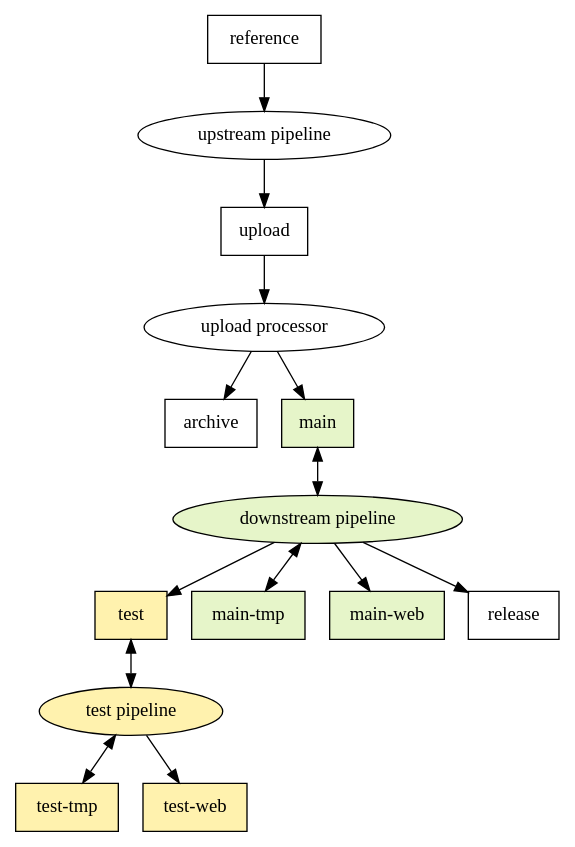
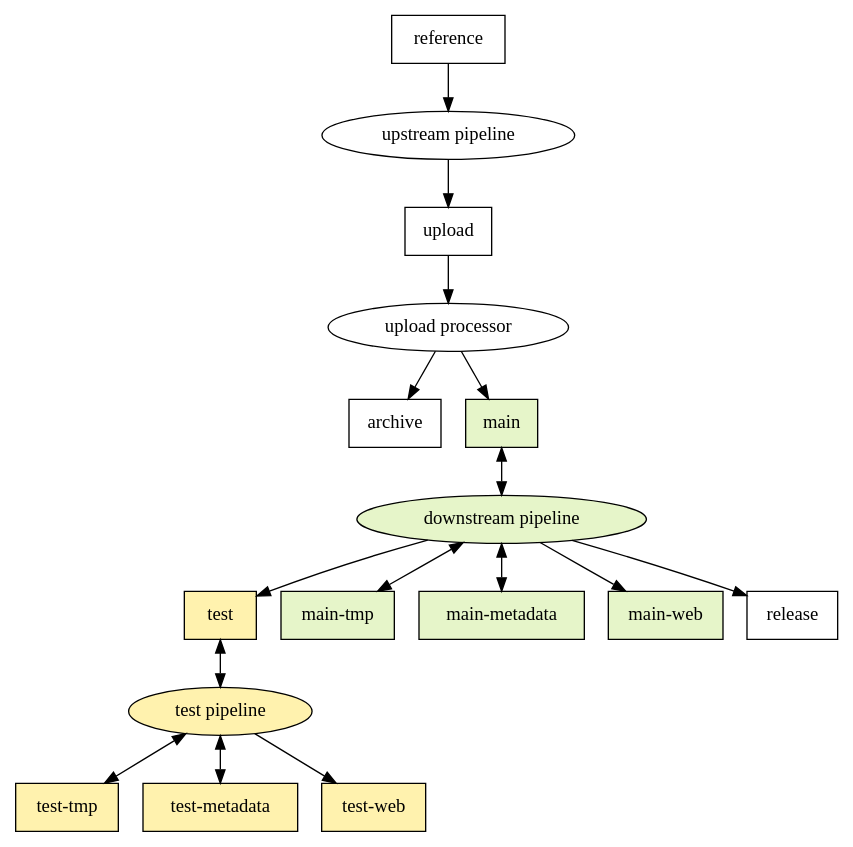
Before and after one commit to populationgenomics/team-docs: the diagram in storage_policies/figures/dataflow.dot, drawn with Graphviz. The commit also changed 2 other files, not shown here.

Commit message:
Add a description of the metadata bucket (#100)
* Add a description of the metadata bucket

* Wording

* Update storage_policies/README.md

```diff
--- a/storage_policies/figures/dataflow.dot
+++ b/storage_policies/figures/dataflow.dot
@@ -1,32 +1,36 @@
 digraph dataflow {
     node [colorscheme=pastel28, style=filled, fillcolor=white];
 
     upstream_pipeline [label="upstream pipeline"]
     downstream_pipeline [label="downstream pipeline", fillcolor=5]
     test_pipeline [label="test pipeline", fillcolor=6]
     upload_processor [label="upload processor"]
     reference [shape=box]
     upload [shape=box]
     archive [shape=box]
     main [shape=box, fillcolor=5]
     test [shape=box, fillcolor=6]
     "main-tmp" [shape=box, fillcolor=5]
+    "main-metadata" [shape=box, fillcolor=5]
     "main-web" [shape=box, fillcolor=5]
     "test-tmp" [shape=box, fillcolor=6]
+    "test-metadata" [shape=box, fillcolor=6]
     "test-web" [shape=box, fillcolor=6]
     release [shape=box]
 
     reference -> upstream_pipeline
     upstream_pipeline -> upload
     upload -> upload_processor
     upload_processor -> archive
     upload_processor -> main
     main -> downstream_pipeline [dir=both]
     downstream_pipeline -> "main-tmp" [dir=both]
+    downstream_pipeline -> "main-metadata" [dir=both]
     downstream_pipeline -> "main-web"
     downstream_pipeline -> release
     downstream_pipeline -> test
     test -> test_pipeline [dir=both]
     test_pipeline -> "test-tmp" [dir=both]
+    test_pipeline -> "test-metadata" [dir=both]
     test_pipeline -> "test-web"
 }
```
